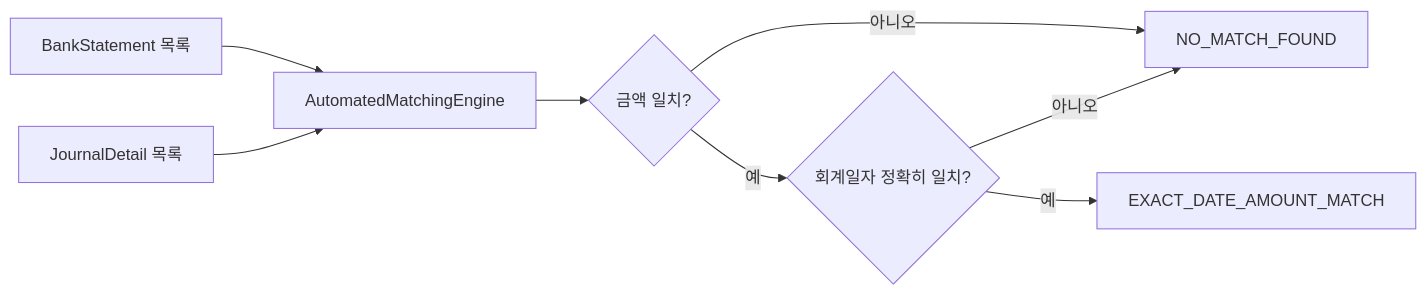
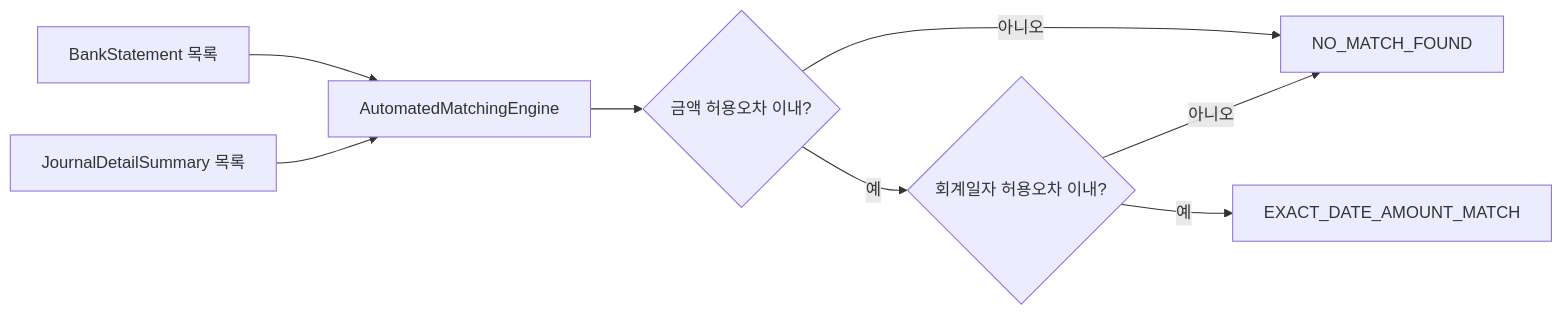
Before and after one commit to skyg547/account: the fifth of 6 diagrams in reconciliation/docs/process-flow.md, drawn with Mermaid. The commit also changed other lines of this file and 81 other files, not shown here.

````diff
--- a/reconciliation/docs/process-flow.md
+++ b/reconciliation/docs/process-flow.md
@@ -89,10 +92,10 @@
 ```mermaid
 flowchart LR
     A[BankStatement 목록] --> C[AutomatedMatchingEngine]
-    B[JournalDetail 목록] --> C
-    C --> D{금액 일치?}
+    B[JournalDetailSummary 목록] --> C
+    C --> D{금액 허용오차 이내?}
     D -- 아니오 --> E[NO_MATCH_FOUND]
-    D -- 예 --> F{회계일자 정확히 일치?}
+    D -- 예 --> F{회계일자 허용오차 이내?}
     F -- 아니오 --> E
     F -- 예 --> G[EXACT_DATE_AMOUNT_MATCH]
 ```
````
